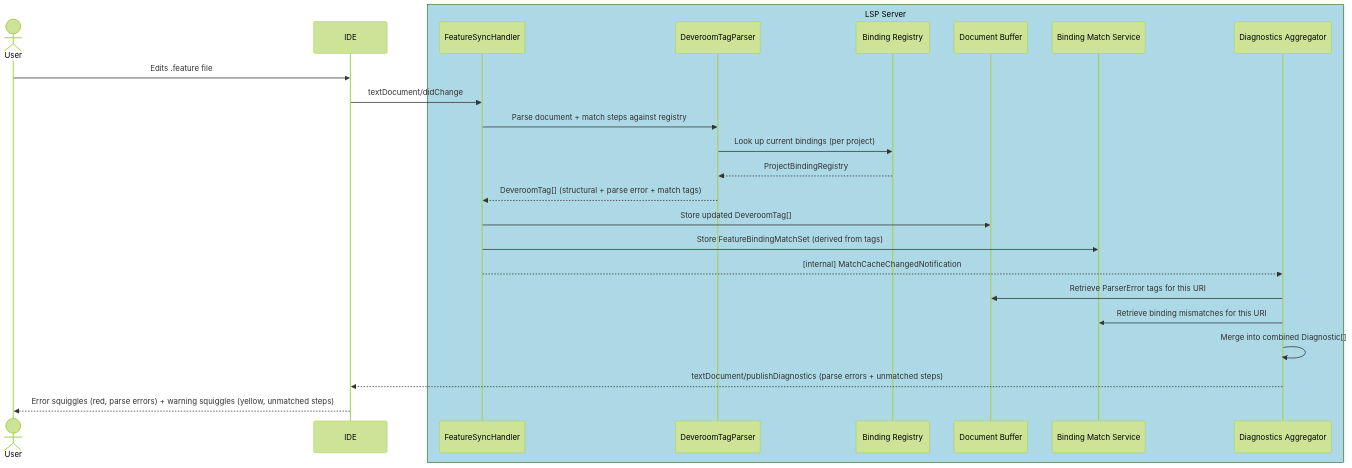
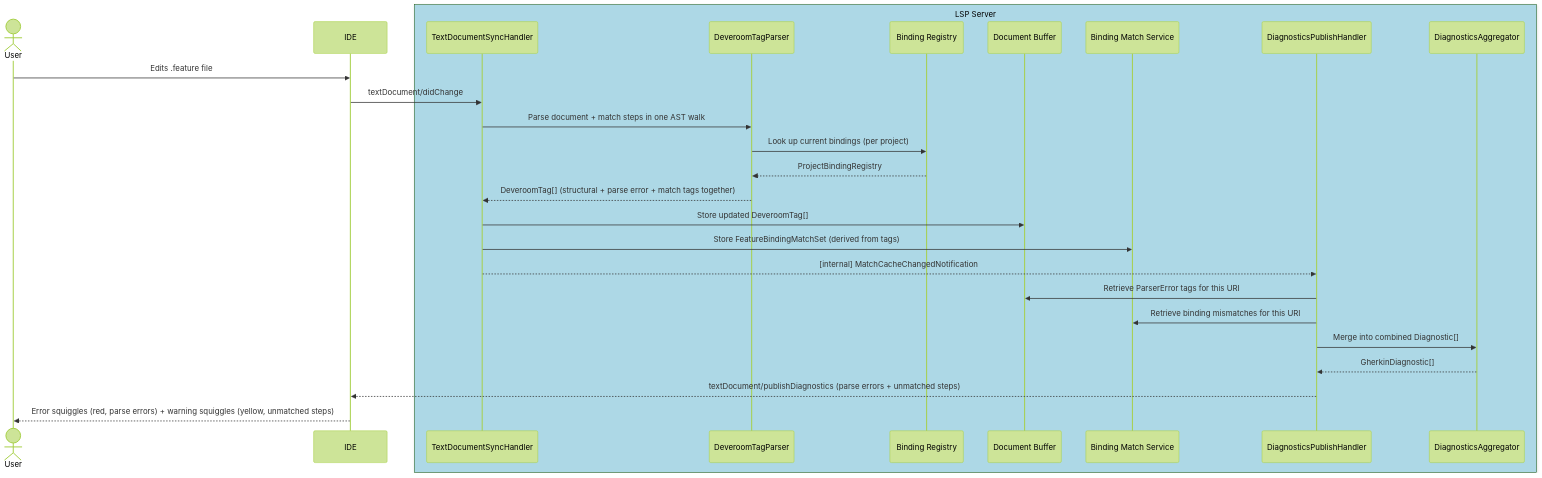
Before and after one commit to clrudolphi/Reqnroll.IdeSupport: the third of 19 diagrams in docs/LSP-IDE-Support-Feature-Designs.md, drawn with Mermaid (forest theme). The commit also changed other lines of this file and 1 other file, not shown here.

First line of the commit message:
docs: fold as-built notes into direct description in Feature Designs

````diff
--- a/docs/LSP-IDE-Support-Feature-Designs.md
+++ b/docs/LSP-IDE-Support-Feature-Designs.md
@@ -367,29 +356,31 @@
 ```mermaid
 sequenceDiagram
     actor User
     participant IDE
 
     box LightBlue LSP Server
-        participant FSH as FeatureSyncHandler
+        participant TDS as TextDocumentSyncHandler
         participant DTP as DeveroomTagParser
         participant BR as Binding Registry
         participant DB as Document Buffer
         participant BMS as Binding Match Service
-        participant DA as Diagnostics Aggregator
+        participant DPH as DiagnosticsPublishHandler
+        participant DA as DiagnosticsAggregator
     end
 
     User->>IDE: Edits .feature file
-    IDE->>FSH: textDocument/didChange
-    FSH->>DTP: Parse document + match steps against registry
+    IDE->>TDS: textDocument/didChange
+    TDS->>DTP: Parse document + match steps in one AST walk
     DTP->>BR: Look up current bindings (per project)
     BR-->>DTP: ProjectBindingRegistry
-    DTP-->>FSH: DeveroomTag[] (structural + parse error + match tags)
-    FSH->>DB: Store updated DeveroomTag[]
-    FSH->>BMS: Store FeatureBindingMatchSet (derived from tags)
-    FSH-->>DA: [internal] MatchCacheChangedNotification
-    DA->>DB: Retrieve ParserError tags for this URI
-    DA->>BMS: Retrieve binding mismatches for this URI
-    DA->>DA: Merge into combined Diagnostic[]
-    DA-->>IDE: textDocument/publishDiagnostics (parse errors + unmatched steps)
+    DTP-->>TDS: DeveroomTag[] (structural + parse error + match tags together)
+    TDS->>DB: Store updated DeveroomTag[]
+    TDS->>BMS: Store FeatureBindingMatchSet (derived from tags)
+    TDS-->>DPH: [internal] MatchCacheChangedNotification
+    DPH->>DB: Retrieve ParserError tags for this URI
+    DPH->>BMS: Retrieve binding mismatches for this URI
+    DPH->>DA: Merge into combined Diagnostic[]
+    DA-->>DPH: GherkinDiagnostic[]
+    DPH-->>IDE: textDocument/publishDiagnostics (parse errors + unmatched steps)
     IDE-->>User: Error squiggles (red, parse errors) + warning squiggles (yellow, unmatched steps)
 ```
````
